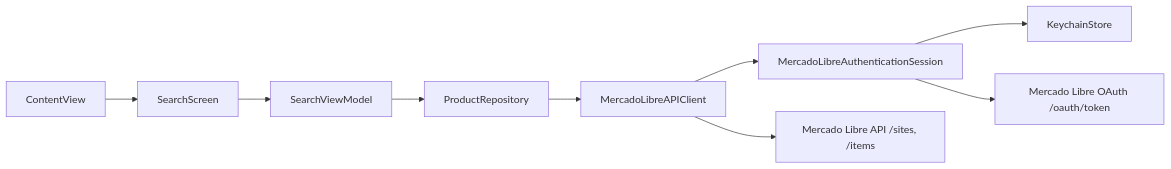
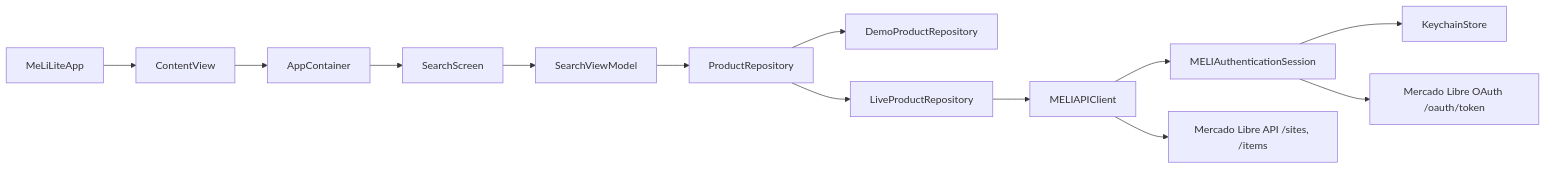
One commit to jdocampom/MercadoLibre-Search changed the third of 6 diagrams in README.md. Above: the diagram before and after it, drawn with Mermaid. The commit also changed other lines of this file and 18 other files, not shown here.

Commit message:
Remove PKCE from MELI OAuth flow and add /users/me session validation

````diff
--- a/README.md
+++ b/README.md
@@ -138,11 +150,15 @@
 ```mermaid
 flowchart LR
-    A["ContentView"] --> B["SearchScreen"]
-    B --> C["SearchViewModel"]
-    C --> D["ProductRepository"]
-    D --> E["MercadoLibreAPIClient"]
-    E --> F["MercadoLibreAuthenticationSession"]
-    F --> G["KeychainStore"]
-    F --> H["Mercado Libre OAuth /oauth/token"]
-    E --> I["Mercado Libre API /sites, /items"]
+    A["MeLiLiteApp"] --> B["ContentView"]
+    B --> C["AppContainer"]
+    C --> D["SearchScreen"]
+    D --> E["SearchViewModel"]
+    E --> F["ProductRepository"]
+    F --> G["DemoProductRepository"]
+    F --> H["LiveProductRepository"]
+    H --> I["MELIAPIClient"]
+    I --> J["MELIAuthenticationSession"]
+    J --> K["KeychainStore"]
+    J --> L["Mercado Libre OAuth /oauth/token"]
+    I --> M["Mercado Libre API /sites, /items"]
 ```
````
